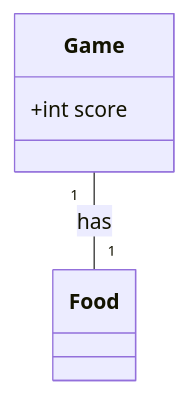
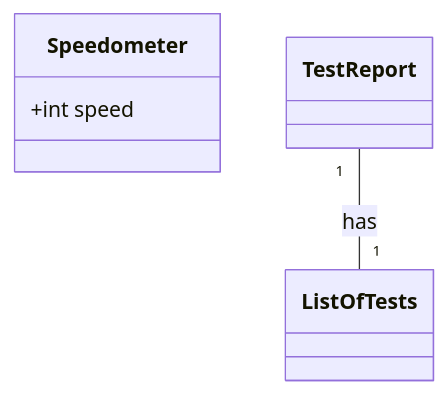
Before and after one commit to EGAdams/swift-metagpt: the first of 2 diagrams in actions/format_example_for_design_api.md, drawn with Mermaid. The commit also changed other lines of this file and 5 other files, not shown here.

````diff
--- a/actions/format_example_for_design_api.md
+++ b/actions/format_example_for_design_api.md
@@ -18,8 +19,8 @@
 ```mermaid
 classDiagram
-    class Game{
-        +int score
+    class Speedometer{
+        +int speed
     }
     
-    Game "1" -- "1" Food: has
+    TestReport "1" -- "1" ListOfTests: has
 ```
````
